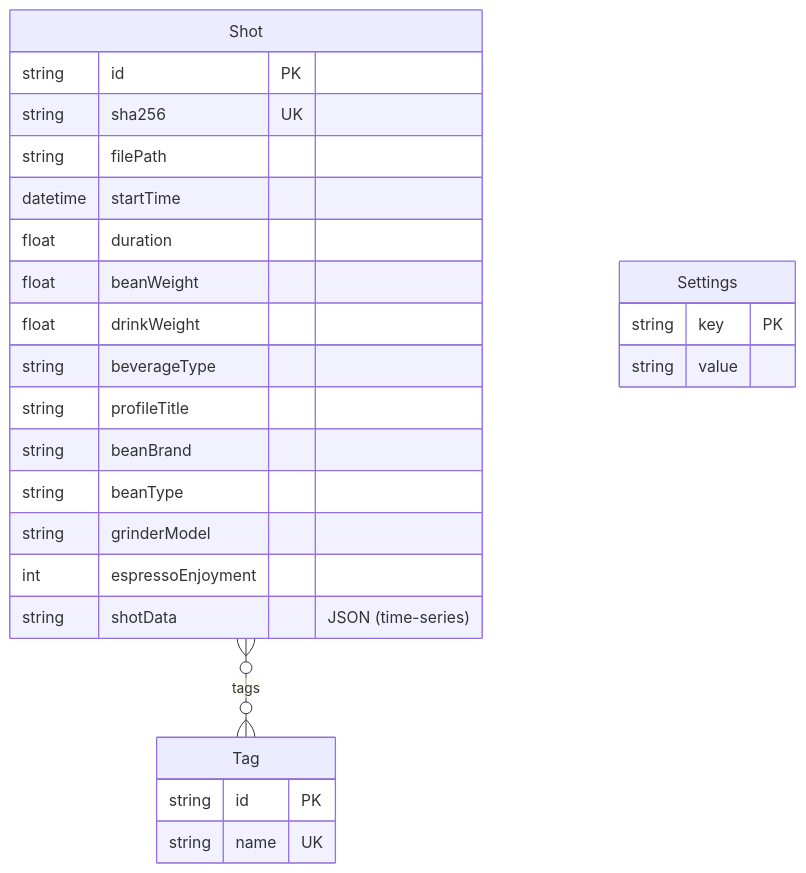
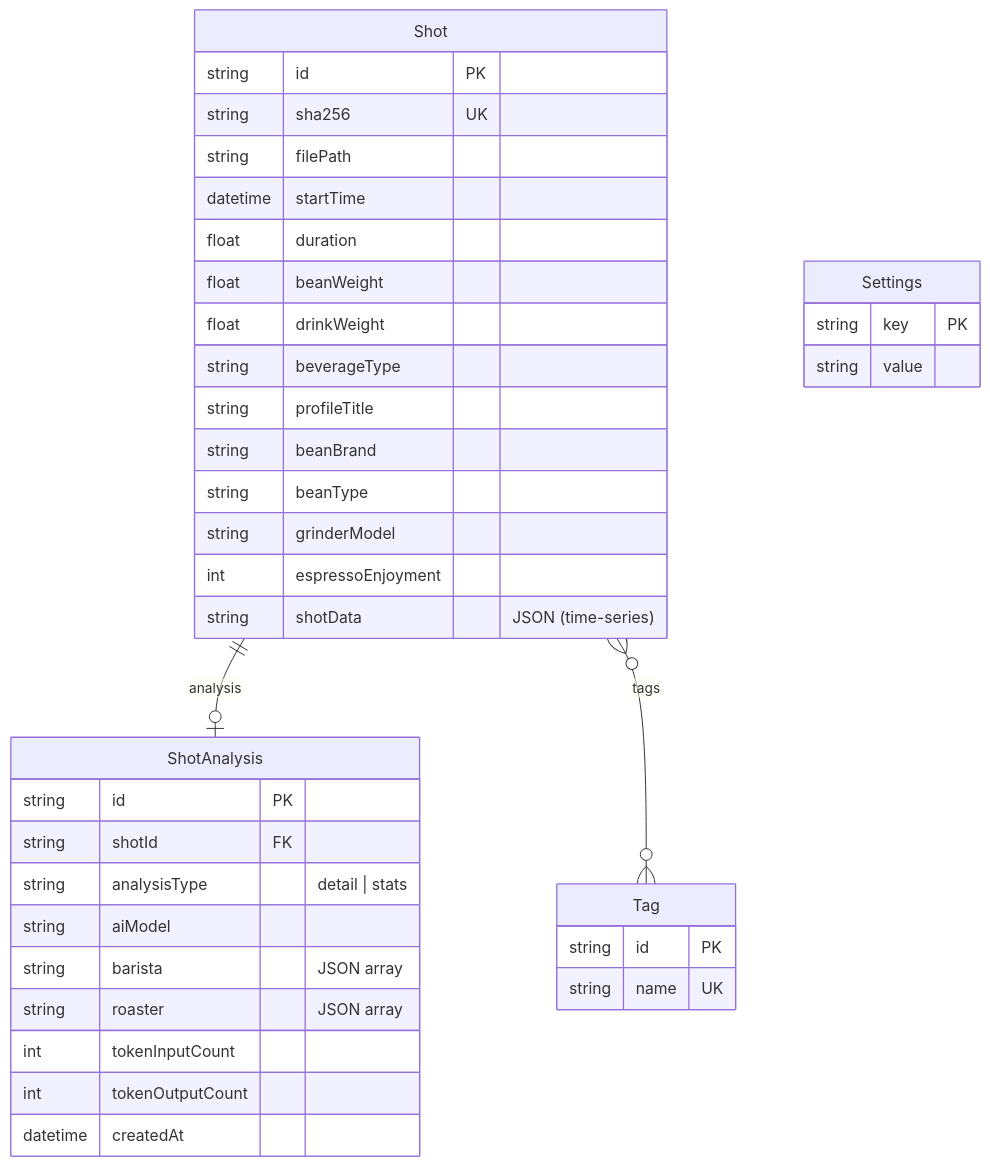
Before and after one commit to TomSchmidtDev/visualizer-lite: the fourth of 4 diagrams in README.md, drawn with Mermaid. The commit also changed other lines of this file and 1 other file, not shown here.

First line of the commit message:
docs: fix Key Features filter, update Architecture for AI analysis

````diff
--- a/README.md
+++ b/README.md
@@ -363,28 +370,40 @@
 ```mermaid
 erDiagram
     Shot {
         string  id           PK
         string  sha256       UK
         string  filePath
         datetime startTime
         float   duration
         float   beanWeight
         float   drinkWeight
         string  beverageType
         string  profileTitle
         string  beanBrand
         string  beanType
         string  grinderModel
         int     espressoEnjoyment
         string  shotData     "JSON (time-series)"
     }
+    ShotAnalysis {
+        string   id              PK
+        string   shotId          FK
+        string   analysisType    "detail | stats"
+        string   aiModel
+        string   barista         "JSON array"
+        string   roaster         "JSON array"
+        int      tokenInputCount
+        int      tokenOutputCount
+        datetime createdAt
+    }
     Tag {
         string id   PK
         string name UK
     }
     Settings {
         string key   PK
         string value
     }
+    Shot ||--o| ShotAnalysis : "analysis"
     Shot }o--o{ Tag : "tags"
 ```
````
